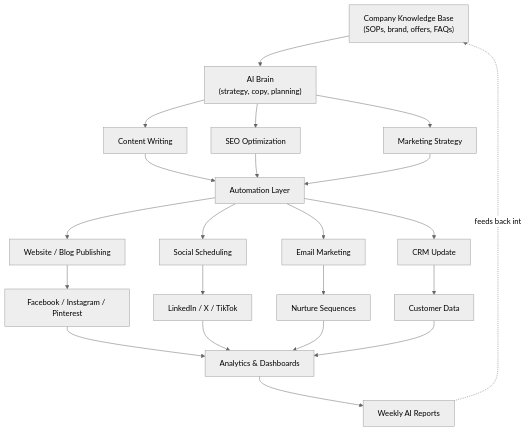
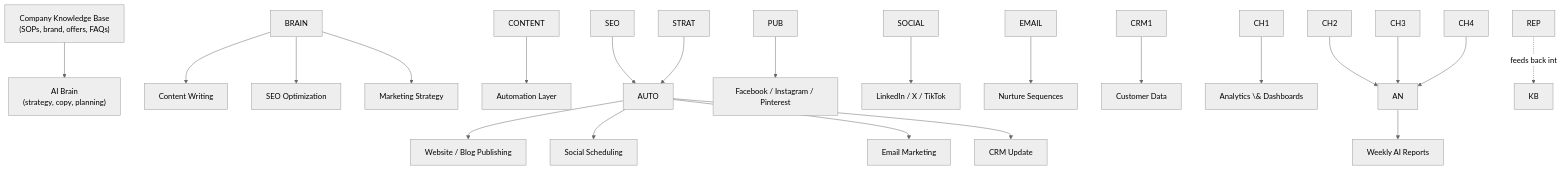
One commit to nivyindia/Public_Workspace changed the first of 3 diagrams in Growth-Engine/Automation/Growth-Engine-Unified-Automation-Blueprint.md. Above: the diagram before and after it, drawn with Mermaid (neutral theme). The commit also changed other lines of this file, not shown here.

````diff
--- a/Growth-Engine/Automation/Growth-Engine-Unified-Automation-Blueprint.md
+++ b/Growth-Engine/Automation/Growth-Engine-Unified-Automation-Blueprint.md
@@ -18,24 +74,24 @@
 ```mermaid
 flowchart TD
-    KB["Company Knowledge Base<br/>(SOPs, brand, offers, FAQs)"] --> BRAIN["AI Brain<br/>(strategy, copy, planning)"]
-    BRAIN --> CONTENT["Content Writing"]
-    BRAIN --> SEO["SEO Optimization"]
-    BRAIN --> STRAT["Marketing Strategy"]
-    CONTENT --> AUTO["Automation Layer"]
+    KB\["Company Knowledge Base<br/>(SOPs, brand, offers, FAQs)"] --> BRAIN\["AI Brain<br/>(strategy, copy, planning)"]
+    BRAIN --> CONTENT\["Content Writing"]
+    BRAIN --> SEO\["SEO Optimization"]
+    BRAIN --> STRAT\["Marketing Strategy"]
+    CONTENT --> AUTO\["Automation Layer"]
     SEO --> AUTO
     STRAT --> AUTO
-    AUTO --> PUB["Website / Blog Publishing"]
-    AUTO --> SOCIAL["Social Scheduling"]
-    AUTO --> EMAIL["Email Marketing"]
-    AUTO --> CRM1["CRM Update"]
-    PUB --> CH1["Facebook / Instagram / Pinterest"]
-    SOCIAL --> CH2["LinkedIn / X / TikTok"]
-    EMAIL --> CH3["Nurture Sequences"]
-    CRM1 --> CH4["Customer Data"]
-    CH1 --> AN["Analytics & Dashboards"]
+    AUTO --> PUB\["Website / Blog Publishing"]
+    AUTO --> SOCIAL\["Social Scheduling"]
+    AUTO --> EMAIL\["Email Marketing"]
+    AUTO --> CRM1\["CRM Update"]
+    PUB --> CH1\["Facebook / Instagram / Pinterest"]
+    SOCIAL --> CH2\["LinkedIn / X / TikTok"]
+    EMAIL --> CH3\["Nurture Sequences"]
+    CRM1 --> CH4\["Customer Data"]
+    CH1 --> AN\["Analytics \& Dashboards"]
     CH2 --> AN
     CH3 --> AN
     CH4 --> AN
-    AN --> REP["Weekly AI Reports"]
+    AN --> REP\["Weekly AI Reports"]
     REP -.feeds back into.-> KB
 ```
````
